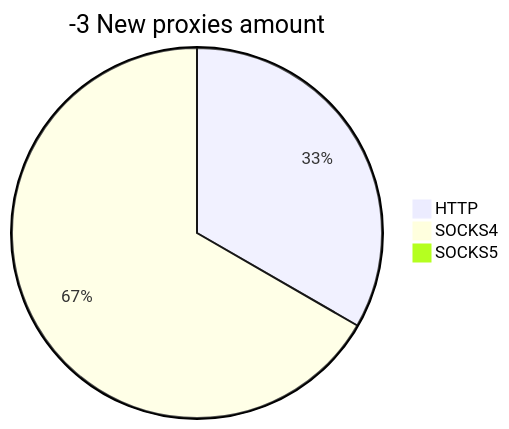
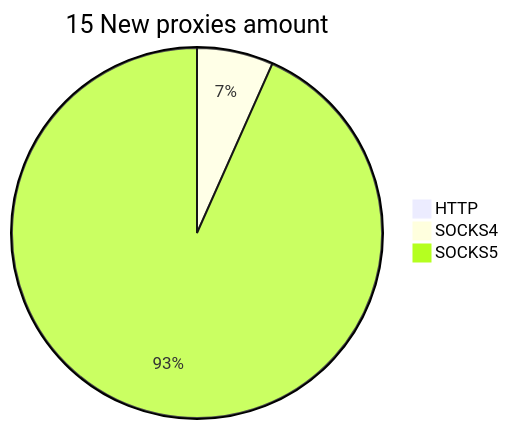
The second of 2 diagrams in README.md (cutipu/proxylist), drawn with Mermaid before and after one commit. The commit also changed other lines of this file, not shown here.

````diff
--- a/README.md
+++ b/README.md
@@ -10,6 +10,6 @@
 ```mermaid
-pie title -3 New proxies amount
-    "HTTP" : 1
-    "SOCKS4" : 2
-    "SOCKS5" : 0
+pie title 15 New proxies amount
+    "HTTP" : 0
+    "SOCKS4" : 1
+    "SOCKS5" : 14
 ```
````
